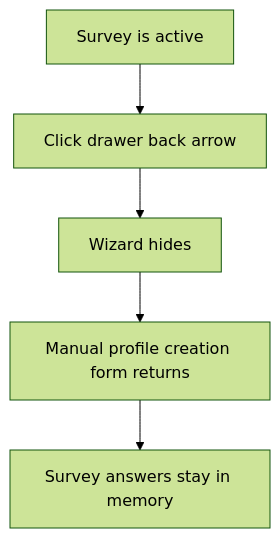
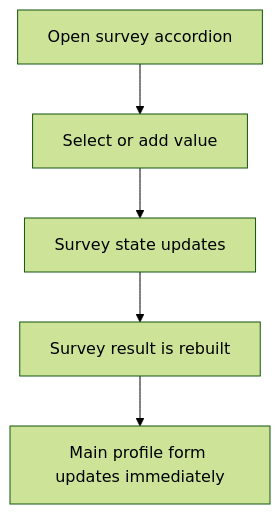
The second of 7 diagrams in docs/components/profile-survey/user-flows.md (Anton-Sukhankin/HR-Profiling-Block), drawn with Mermaid (forest theme) before and after one commit. The commit also changed other lines of this file and 14 other files, not shown here.

````diff
--- a/docs/components/profile-survey/user-flows.md
+++ b/docs/components/profile-survey/user-flows.md
@@ -15,7 +15,7 @@
 ```mermaid
 flowchart TD
-  A["Survey is active"] --> B["Click drawer back arrow"]
-  B --> C["Wizard hides"]
-  C --> D["Manual profile creation form returns"]
-  D --> E["Survey answers stay in memory"]
+  A["Open survey accordion"] --> B["Select or add value"]
+  B --> C["Survey state updates"]
+  C --> D["Survey result is rebuilt"]
+  D --> E["Main profile form updates immediately"]
 ```
````
